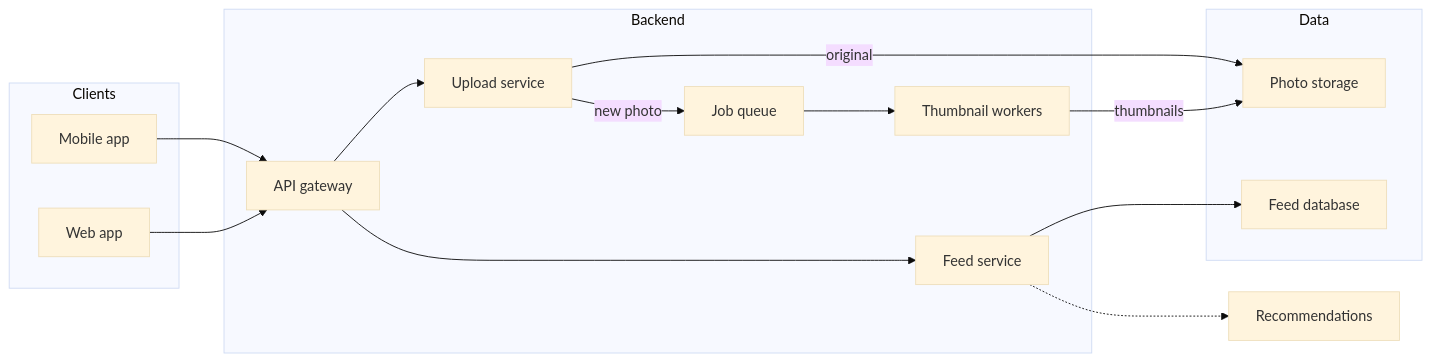
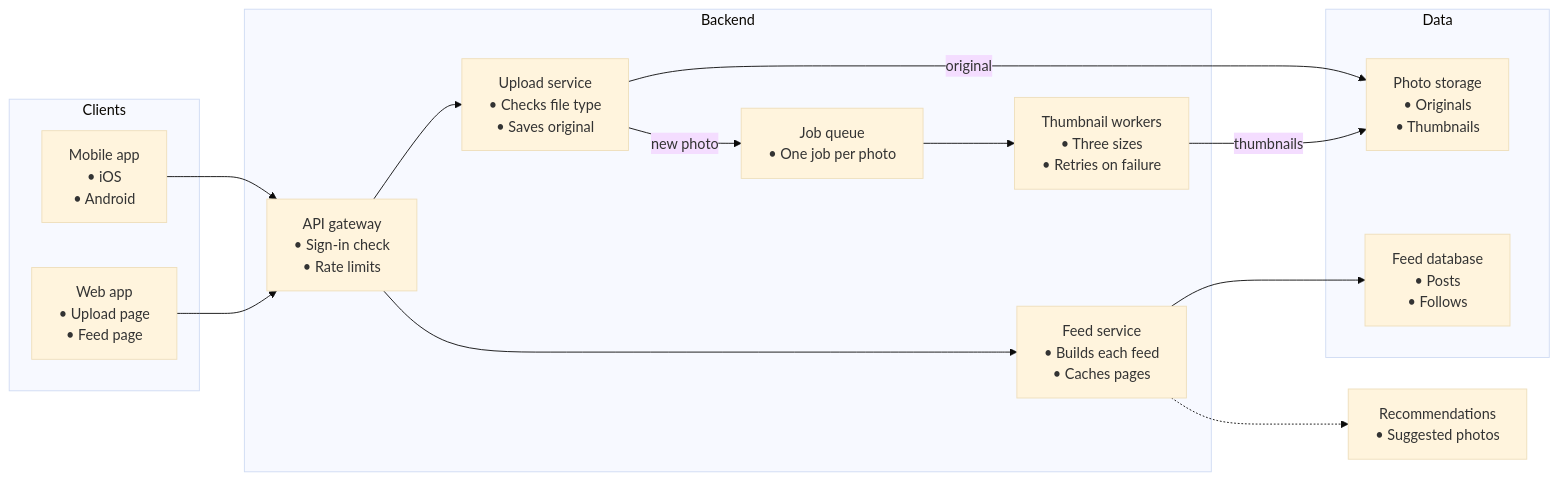
The diagram in docs/compare/photo-upload.mmd (Orrae-Labs/open-diagram-rs), drawn with Mermaid (base theme) before and after one commit. The commit also changed 10 other files, not shown here.

First line of the commit message:
Comparison: one or two items inside every box, and how long each picture took

```diff
--- a/docs/compare/photo-upload.mmd
+++ b/docs/compare/photo-upload.mmd
@@ -1,27 +1,27 @@
 flowchart LR
   subgraph Clients
-    mobile[Mobile app]
-    web[Web app]
+    mobile["Mobile app<br/>• iOS<br/>• Android"]
+    web["Web app<br/>• Upload page<br/>• Feed page"]
   end
   subgraph Backend
-    gateway[API gateway]
-    upload[Upload service]
-    feed[Feed service]
-    queue[Job queue]
-    workers[Thumbnail workers]
+    gateway["API gateway<br/>• Sign-in check<br/>• Rate limits"]
+    upload["Upload service<br/>• Checks file type<br/>• Saves original"]
+    feed["Feed service<br/>• Builds each feed<br/>• Caches pages"]
+    queue["Job queue<br/>• One job per photo"]
+    workers["Thumbnail workers<br/>• Three sizes<br/>• Retries on failure"]
   end
   subgraph Data
-    storage[Photo storage]
-    db[Feed database]
+    storage["Photo storage<br/>• Originals<br/>• Thumbnails"]
+    db["Feed database<br/>• Posts<br/>• Follows"]
   end
-  recs[Recommendations]
+  recs["Recommendations<br/>• Suggested photos"]
   mobile --> gateway
   web --> gateway
   gateway --> upload
   gateway --> feed
   upload -->|original| storage
   upload -->|new photo| queue
   queue --> workers
   workers -->|thumbnails| storage
   feed --> db
   feed -.-> recs
```
